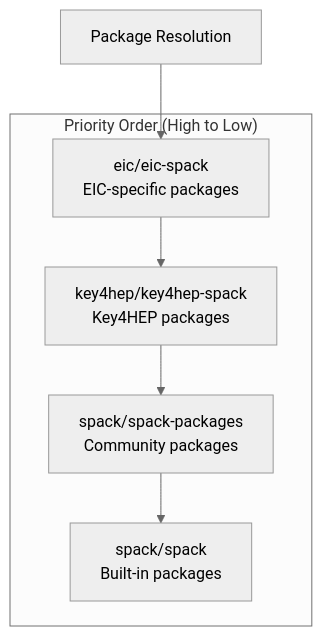
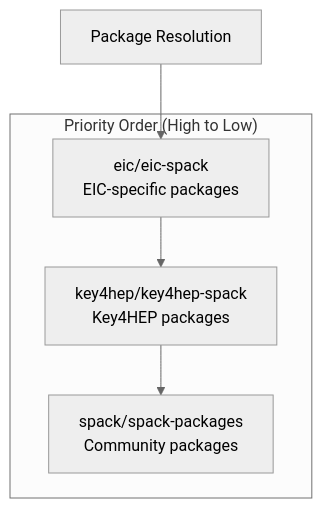
One commit to eic/containers changed the fifth of 6 diagrams in docs/architecture.md. Above: the diagram before and after it, drawn with Mermaid (neutral theme).

Commit message:
Remove spack/spack from package definitions

````diff
--- a/docs/architecture.md
+++ b/docs/architecture.md
@@ -92,13 +92,12 @@
 ```mermaid
 flowchart TB
     subgraph "Priority Order (High to Low)"
         E[eic/eic-spack<br/>EIC-specific packages]
         K[key4hep/key4hep-spack<br/>Key4HEP packages]
         SP[spack/spack-packages<br/>Community packages]
-        S[spack/spack<br/>Built-in packages]
     end
     
-    E --> K --> SP --> S
+    E --> K --> SP
     
     P[Package Resolution] --> E
 ```
````
